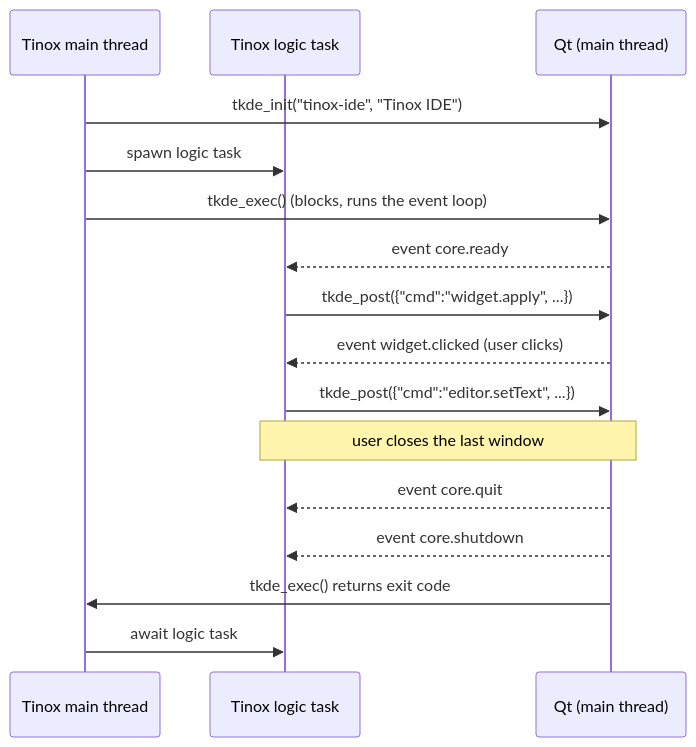
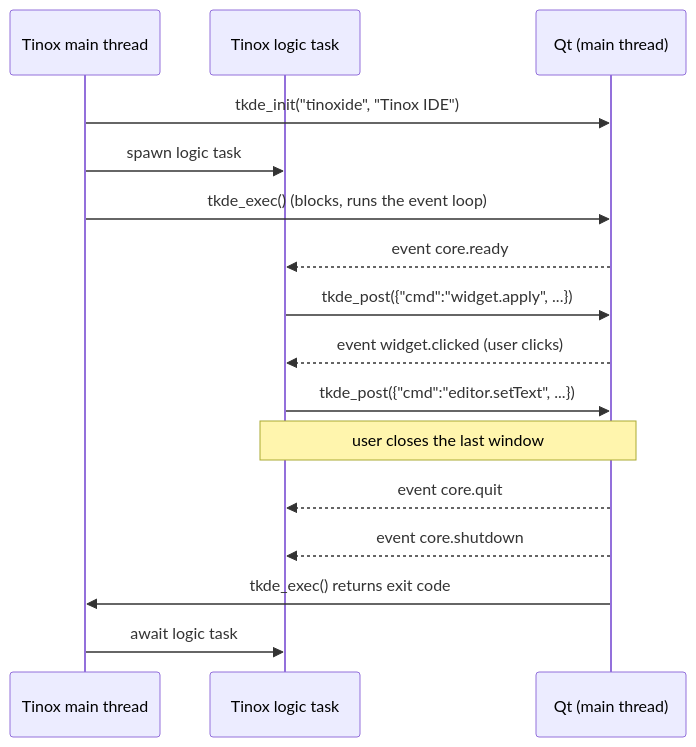
Before and after one commit to subnix-work/tinox-ide: the first of 3 diagrams in docs/abi.md, drawn with Mermaid. The commit also changed other lines of this file and 16 other files, not shown here.

````diff
--- a/docs/abi.md
+++ b/docs/abi.md
@@ -148,18 +148,18 @@
 ```mermaid
 sequenceDiagram
     participant M as Tinox main thread
     participant L as Tinox logic task
     participant Q as Qt (main thread)
-    M->>Q: tkde_init("tinox-ide", "Tinox IDE")
+    M->>Q: tkde_init("tinoxide", "Tinox IDE")
     M->>L: spawn logic task
     M->>Q: tkde_exec()  (blocks, runs the event loop)
     Q-->>L: event core.ready
     L->>Q: tkde_post({"cmd":"widget.apply", ...})
     Q-->>L: event widget.clicked (user clicks)
     L->>Q: tkde_post({"cmd":"editor.setText", ...})
     Note over L,Q: user closes the last window
     Q-->>L: event core.quit
     Q-->>L: event core.shutdown
     Q->>M: tkde_exec() returns exit code
     M->>L: await logic task
 ```
````
